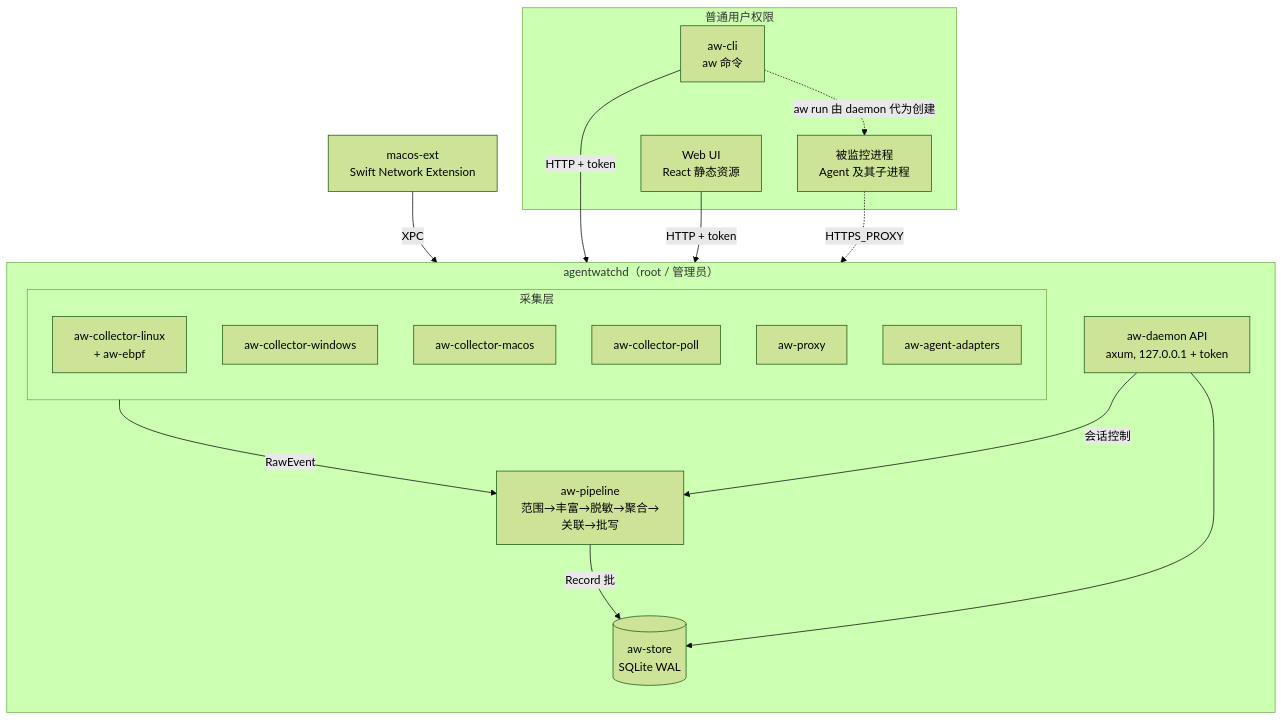
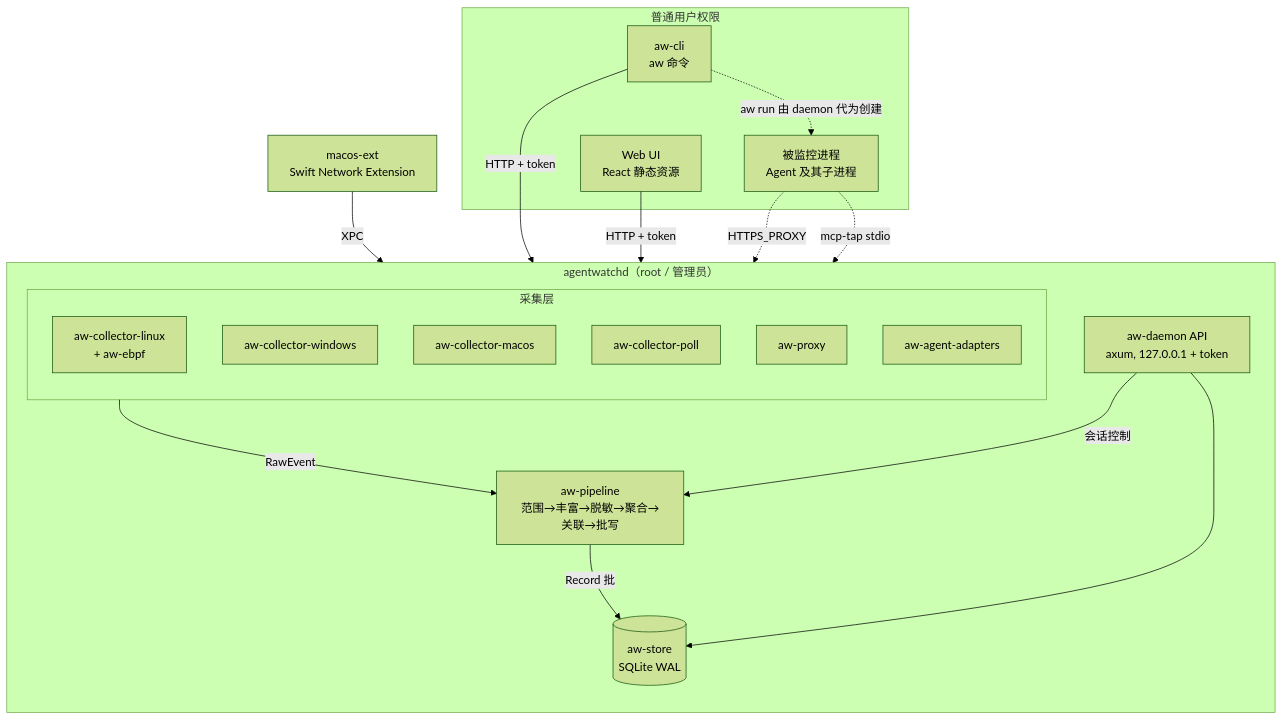
One commit to nicechencs/AgentWatch changed the first of 2 diagrams in docs/01-architecture/architecture.md. Above: the diagram before and after it, drawn with Mermaid (forest theme). The commit also changed other lines of this file and 30 other files, not shown here.

````diff
--- a/docs/01-architecture/architecture.md
+++ b/docs/01-architecture/architecture.md
@@ -18,33 +18,34 @@
 ```mermaid
 flowchart TB
   subgraph User["普通用户权限"]
     CLI[aw-cli<br/>aw 命令]
     UI[Web UI<br/>React 静态资源]
     Target[被监控进程<br/>Agent 及其子进程]
   end
 
   subgraph Daemon["agentwatchd（root / 管理员）"]
     direction TB
     subgraph Collectors[采集层]
       LNX[aw-collector-linux<br/>+ aw-ebpf]
       WIN[aw-collector-windows]
       MAC[aw-collector-macos]
       POLL[aw-collector-poll]
       PROXY[aw-proxy]
       ADP[aw-agent-adapters]
     end
     PIPE[aw-pipeline<br/>范围→丰富→脱敏→聚合→关联→批写]
     STORE[(aw-store<br/>SQLite WAL)]
     API[aw-daemon API<br/>axum, 127.0.0.1 + token]
     Collectors -->|RawEvent| PIPE
     PIPE -->|Record 批| STORE
     API --> STORE
     API -->|会话控制| PIPE
   end
 
   NE[macos-ext<br/>Swift Network Extension] -->|XPC| MAC
   CLI -->|HTTP + token| API
   UI -->|HTTP + token| API
   CLI -.->|aw run 由 daemon 代为创建| Target
   Target -.->|HTTPS_PROXY| PROXY
+  Target -.->|mcp-tap stdio| ADP
 ```
````
